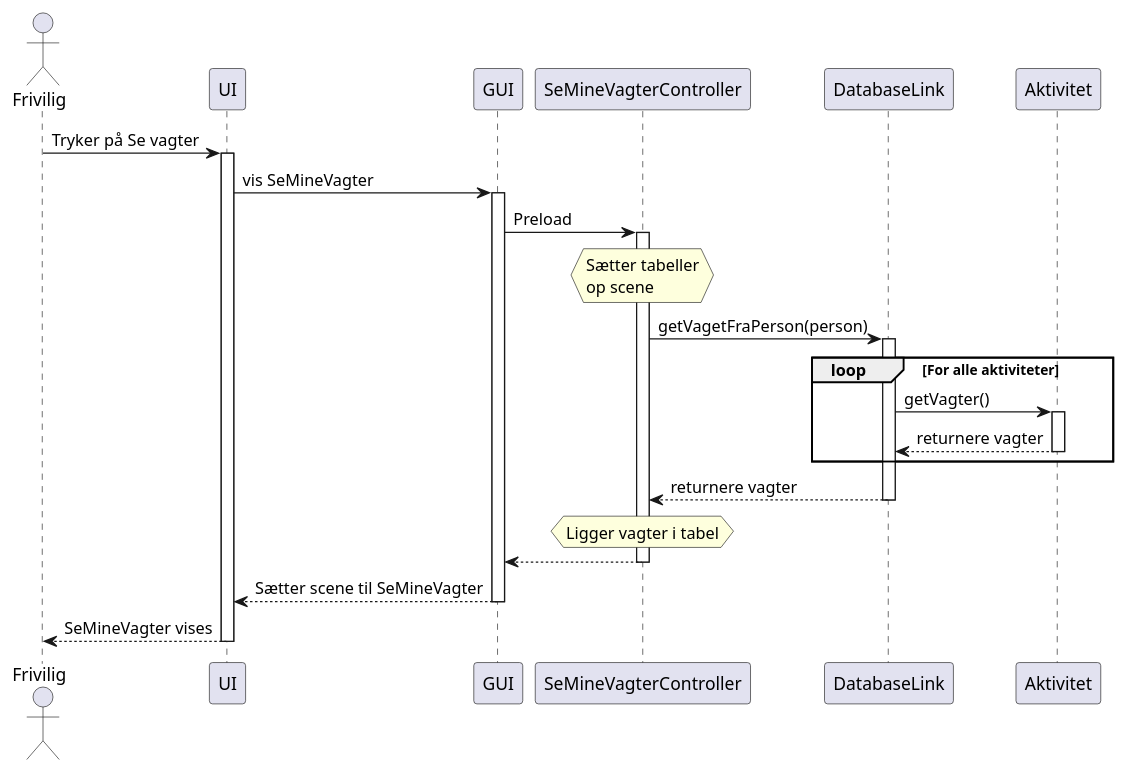
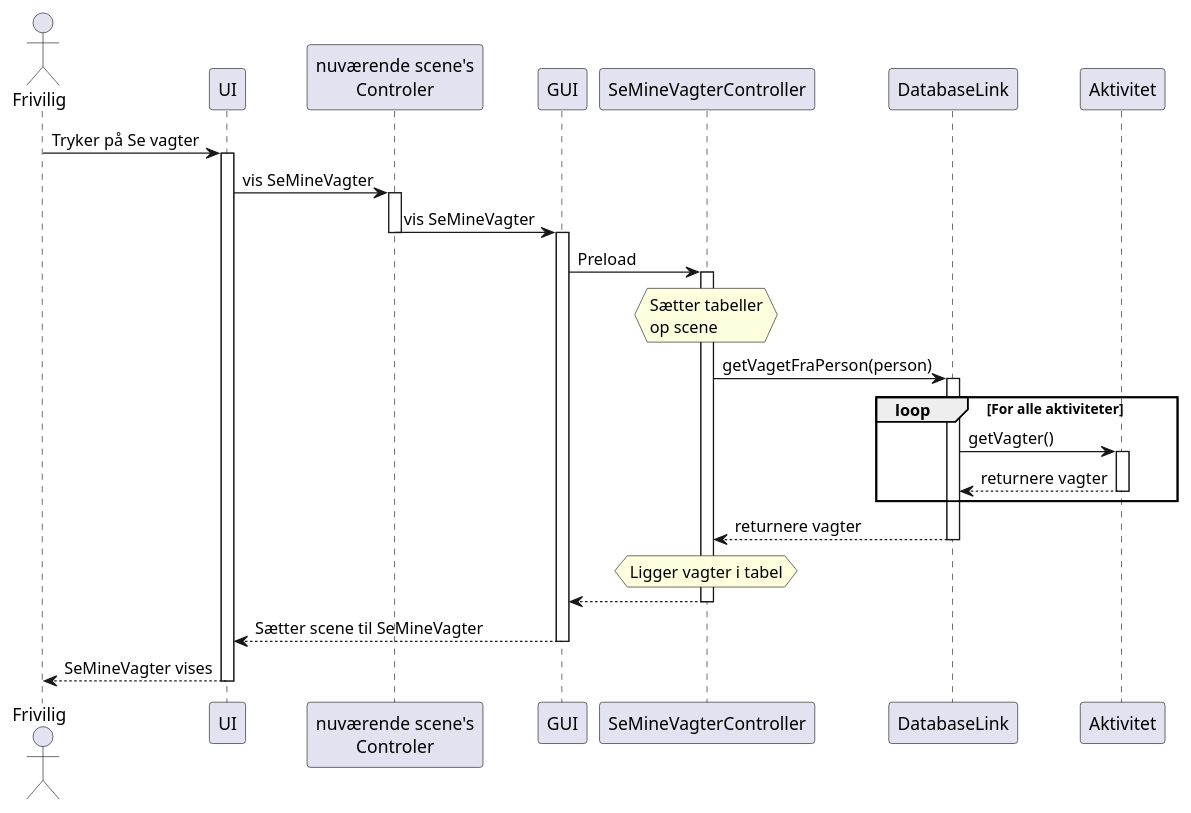
The diagram in src/grafik/sekvensdiagram_visFriviligeVagter.puml (juliusstr/RoskildeProjektFrivillige62514), drawn with PlantUML before and after one commit. The commit also changed 1 other file, not shown here.

```diff
--- a/src/grafik/sekvensdiagram_visFriviligeVagter.puml
+++ b/src/grafik/sekvensdiagram_visFriviligeVagter.puml
@@ -1,45 +1,51 @@
 @startuml
 'https://plantuml.com/sequence-diagram
 
 
 actor Frivilig as user
 participant UI
+participant "nuværende scene's\nControler" as controller
 participant GUI
 participant SeMineVagterController
 participant DatabaseLink
 participant Aktivitet
 
 user -> UI : Tryker på Se vagter
 activate UI
 
-UI -> GUI : vis SeMineVagter
+
+UI -> controller : vis SeMineVagter
+activate controller
+controller -> GUI : vis SeMineVagter
+deactivate controller
+
 activate GUI
 
 GUI -> SeMineVagterController : Preload
 
 activate SeMineVagterController
 hnote over SeMineVagterController : Sætter tabeller\nop scene
 SeMineVagterController -> DatabaseLink : getVagetFraPerson(person)
 activate DatabaseLink
 loop For alle aktiviteter
     DatabaseLink -> Aktivitet : getVagter()
     activate Aktivitet
     Aktivitet --> DatabaseLink : returnere vagter
     deactivate Aktivitet
 end
 DatabaseLink --> SeMineVagterController : returnere vagter
 deactivate DatabaseLink
 hnote over SeMineVagterController : Ligger vagter i tabel
 SeMineVagterController --> GUI
 deactivate SeMineVagterController
 GUI --> UI : Sætter scene til SeMineVagter
 deactivate GUI
 UI --> user : SeMineVagter vises
 deactivate UI
 
 
 
 
 
 
 @enduml
```
